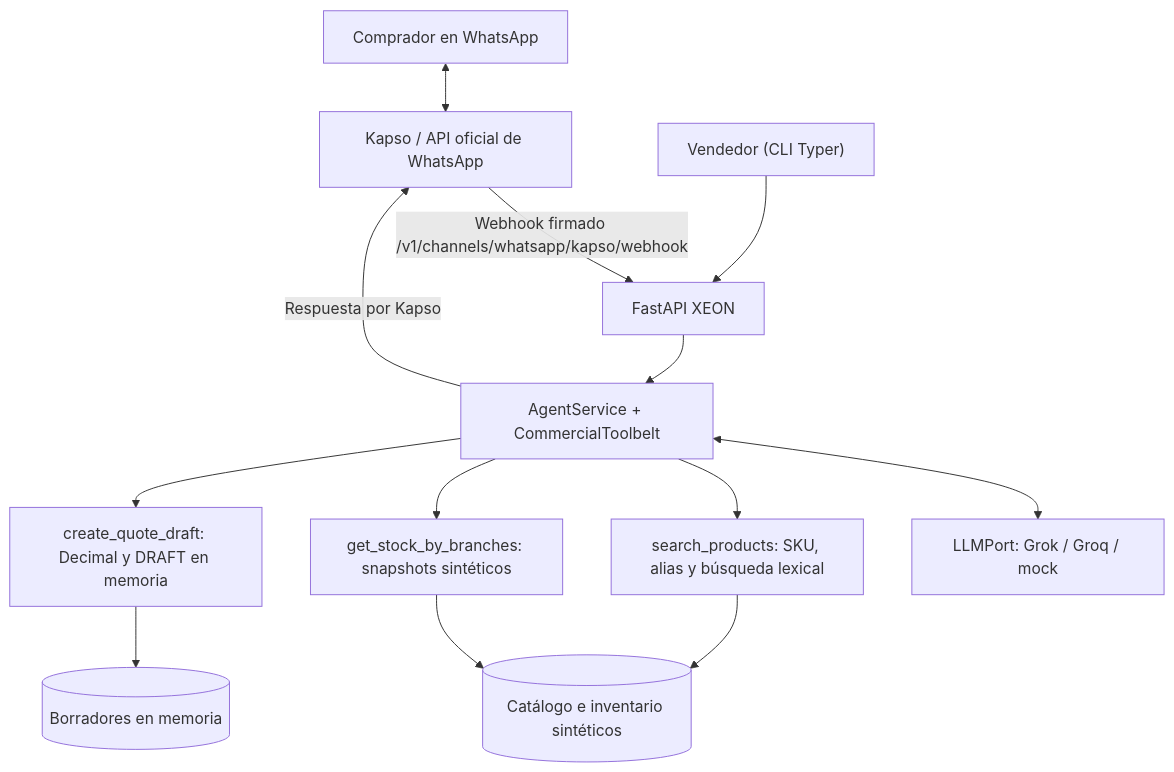
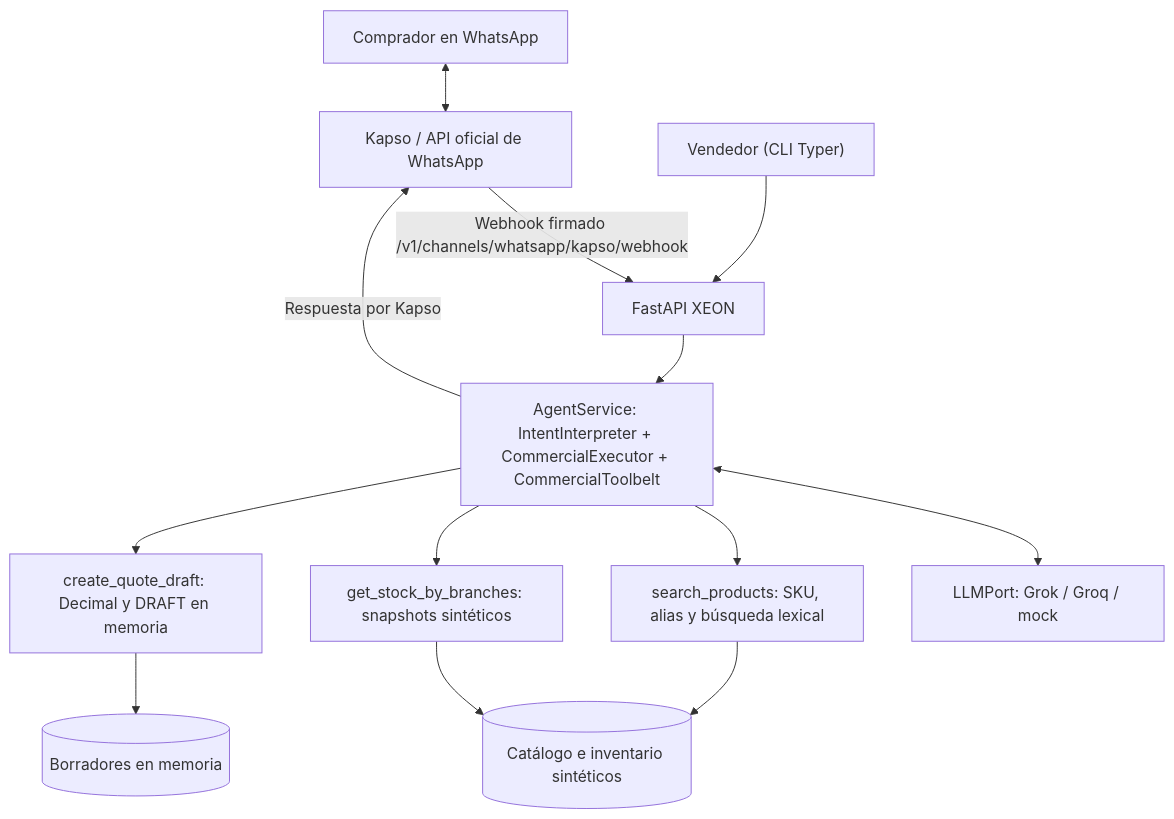
Before and after one commit to TuMinipeka/Xeon-agente-cotizaciones: the diagram in docs/XeonContexto.md, drawn with Mermaid. The commit also changed other lines of this file and 9 other files, not shown here.

````diff
--- a/docs/XeonContexto.md
+++ b/docs/XeonContexto.md
@@ -112,15 +112,15 @@
 ```mermaid
 flowchart TD
     Cliente["Comprador en WhatsApp"] <--> Kapso["Kapso / API oficial de WhatsApp"]
     Kapso -- "Webhook firmado /v1/channels/whatsapp/kapso/webhook" --> API["FastAPI XEON"]
-    API --> Agente["AgentService + CommercialToolbelt"]
+    API --> Agente["AgentService: IntentInterpreter + CommercialExecutor + CommercialToolbelt"]
     Agente <--> LLM["LLMPort: Grok / Groq / mock"]
     Agente --> ToolSearch["search_products: SKU, alias y búsqueda lexical"]
     Agente --> ToolStock["get_stock_by_branches: snapshots sintéticos"]
     Agente --> ToolQuote["create_quote_draft: Decimal y DRAFT en memoria"]
     ToolSearch --> Memoria[("Catálogo e inventario sintéticos")]
     ToolStock --> Memoria
     ToolQuote --> Borradores[("Borradores en memoria")]
     Agente -- "Respuesta por Kapso" --> Kapso
     Vendedor["Vendedor (CLI Typer)"] --> API
 ```
````
